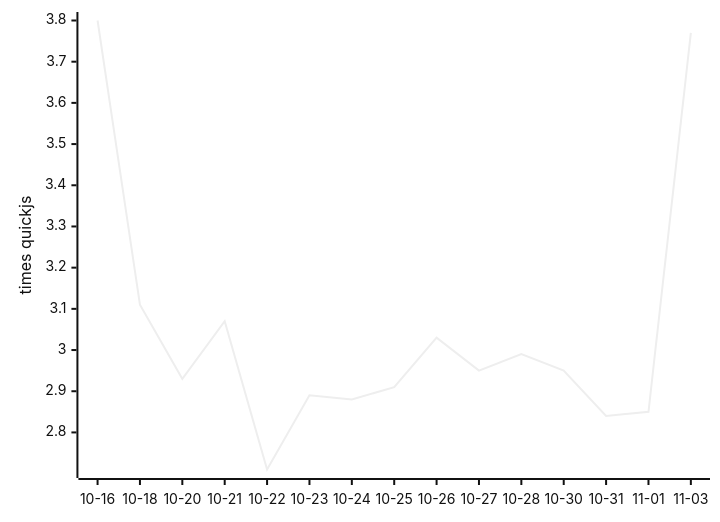
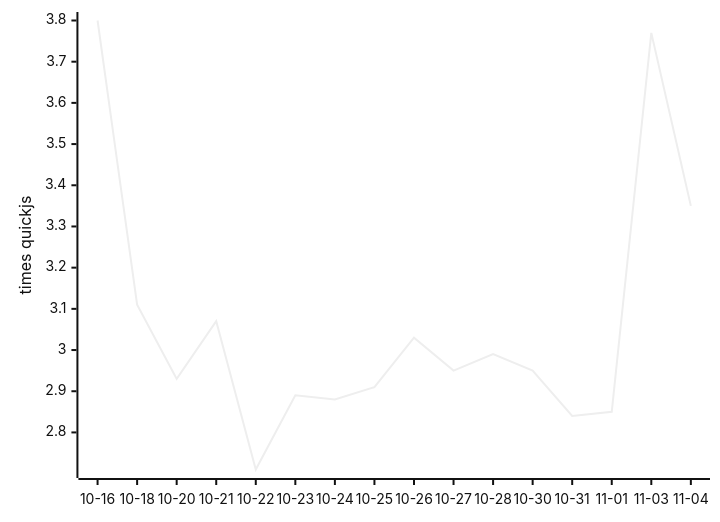
The diagram in README.md (mozzius/kahvi), drawn with Mermaid (neutral theme) before and after one commit. The commit also changed other lines of this file and 1 other file, not shown here.

````diff
--- a/README.md
+++ b/README.md
@@ -9,6 +9,6 @@
 ```mermaid
 xychart-beta
-  x-axis ["10-16", "10-18", "10-20", "10-21", "10-22", "10-23", "10-24", "10-25", "10-26", "10-27", "10-28", "10-30", "10-31", "11-01", "11-03"]
+  x-axis ["10-16", "10-18", "10-20", "10-21", "10-22", "10-23", "10-24", "10-25", "10-26", "10-27", "10-28", "10-30", "10-31", "11-01", "11-03", "11-04"]
   y-axis "times quickjs"
-  line [3.80, 3.11, 2.93, 3.07, 2.71, 2.89, 2.88, 2.91, 3.03, 2.95, 2.99, 2.95, 2.84, 2.85, 3.77]
+  line [3.80, 3.11, 2.93, 3.07, 2.71, 2.89, 2.88, 2.91, 3.03, 2.95, 2.99, 2.95, 2.84, 2.85, 3.77, 3.35]
 ```
````
